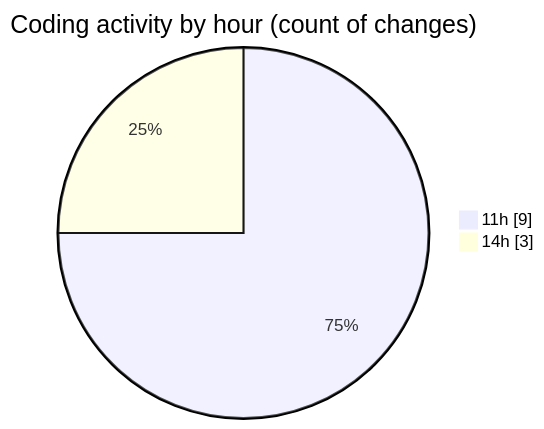
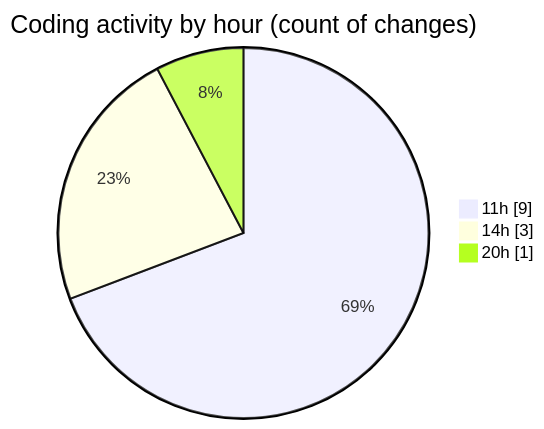
One commit to yexinjia/code-tracking changed the second of 2 diagrams in 2026-08-01/mono-test/README.md. Above: the diagram before and after it, drawn with Mermaid. The commit also changed other lines of this file and 1 other file, not shown here.

````diff
--- a/2026-08-01/mono-test/README.md
+++ b/2026-08-01/mono-test/README.md
@@ -32,6 +32,7 @@
 ```mermaid
 pie showData
 title Coding activity by hour (count of changes)
 "11h" : 9
 "14h" : 3
+"20h" : 1
 ```
````
